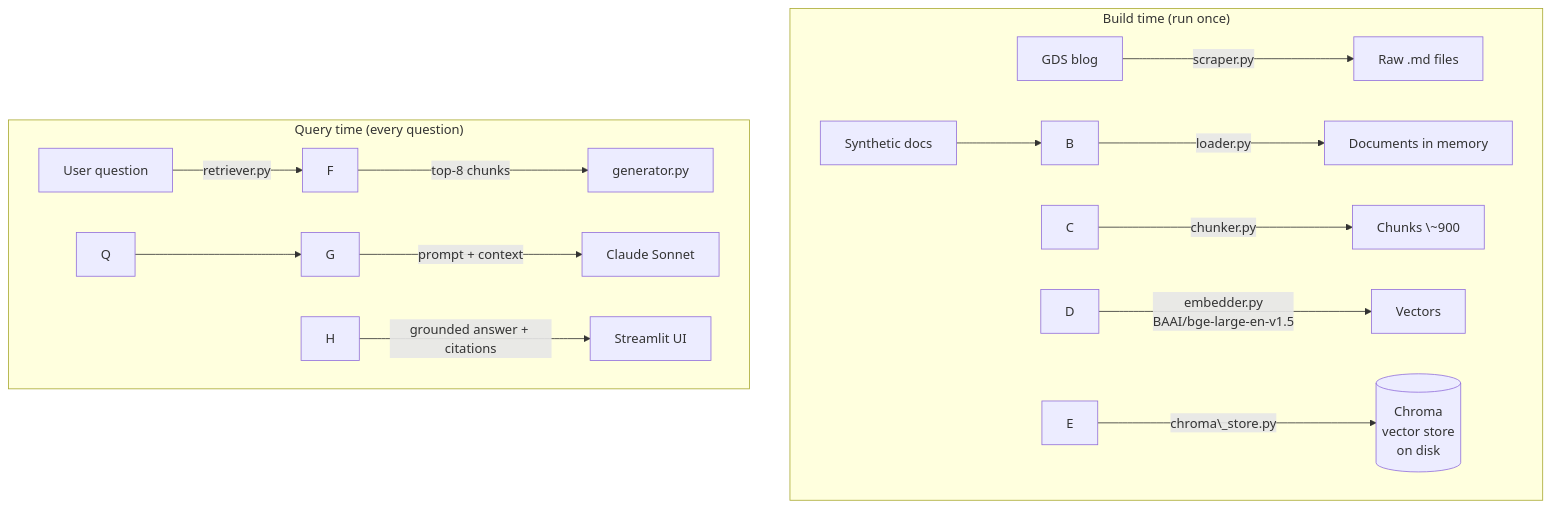
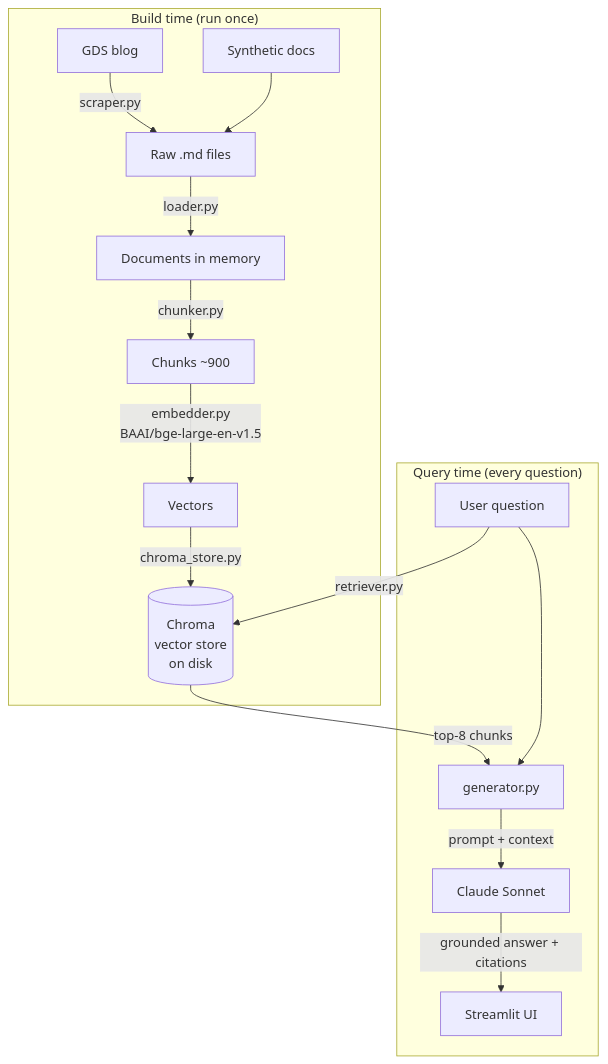
One commit to AlanS12/luminary-rag-assistant changed the diagram in README.md. Above: the diagram before and after it, drawn with Mermaid. The commit also changed other lines of this file, not shown here.

````diff
--- a/README.md
+++ b/README.md
@@ -30,19 +30,19 @@
 ```mermaid
 flowchart TD
-    subgraph BUILD\["Build time (run once)"]
-        A\[GDS blog] -->|scraper.py| B\[Raw .md files]
-        S\[Synthetic docs] --> B
-        B -->|loader.py| C\[Documents in memory]
-        C -->|chunker.py| D\[Chunks \~900]
-        D -->|embedder.py<br/>BAAI/bge-large-en-v1.5| E\[Vectors]
-        E -->|chroma\_store.py| F\[(Chroma<br/>vector store<br/>on disk)]
+    subgraph BUILD["Build time (run once)"]
+        A[GDS blog] -->|scraper.py| B[Raw .md files]
+        S[Synthetic docs] --> B
+        B -->|loader.py| C[Documents in memory]
+        C -->|chunker.py| D[Chunks ~900]
+        D -->|embedder.py<br/>BAAI/bge-large-en-v1.5| E[Vectors]
+        E -->|chroma_store.py| F[(Chroma<br/>vector store<br/>on disk)]
     end
 
-    subgraph QUERY\["Query time (every question)"]
-        Q\[User question] -->|retriever.py| F
-        F -->|top-8 chunks| G\[generator.py]
+    subgraph QUERY["Query time (every question)"]
+        Q[User question] -->|retriever.py| F
+        F -->|top-8 chunks| G[generator.py]
         Q --> G
-        G -->|prompt + context| H\[Claude Sonnet]
-        H -->|grounded answer + citations| I\[Streamlit UI]
+        G -->|prompt + context| H[Claude Sonnet]
+        H -->|grounded answer + citations| I[Streamlit UI]
     end
 ```
````
